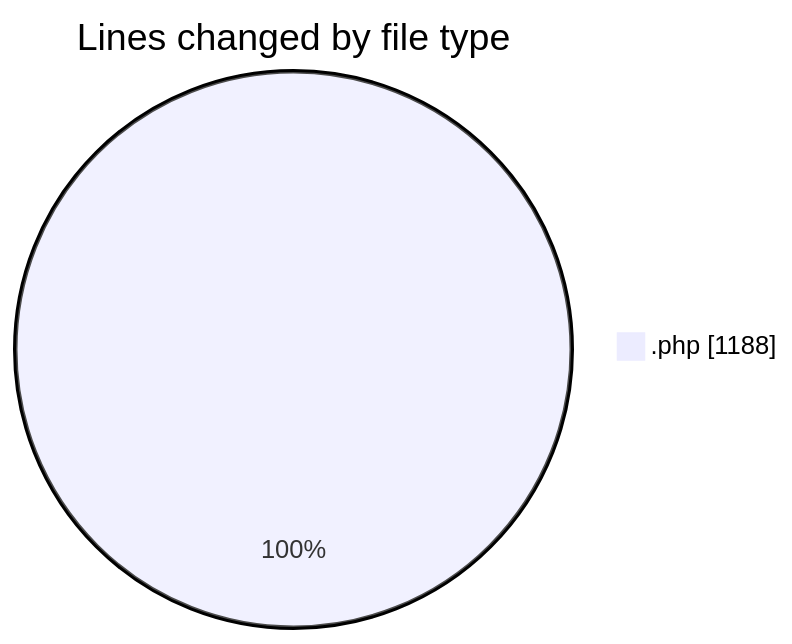
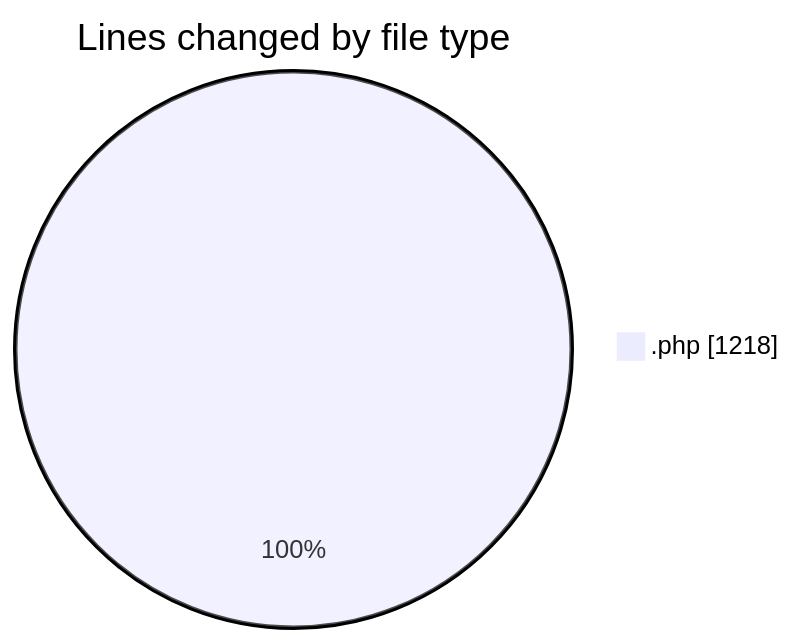
One commit to idhammustaqopulfikri/code-tracking changed the first of 2 diagrams in 2025-06-23/studio-backend/README.md. Above: the diagram before and after it, drawn with Mermaid. The commit also changed other lines of this file and 1 other file, not shown here.

````diff
--- a/2025-06-23/studio-backend/README.md
+++ b/2025-06-23/studio-backend/README.md
@@ -21,5 +21,5 @@
 ```mermaid
 pie showData
 title Lines changed by file type
-".php" : 1188
+".php" : 1218
 ```
````
